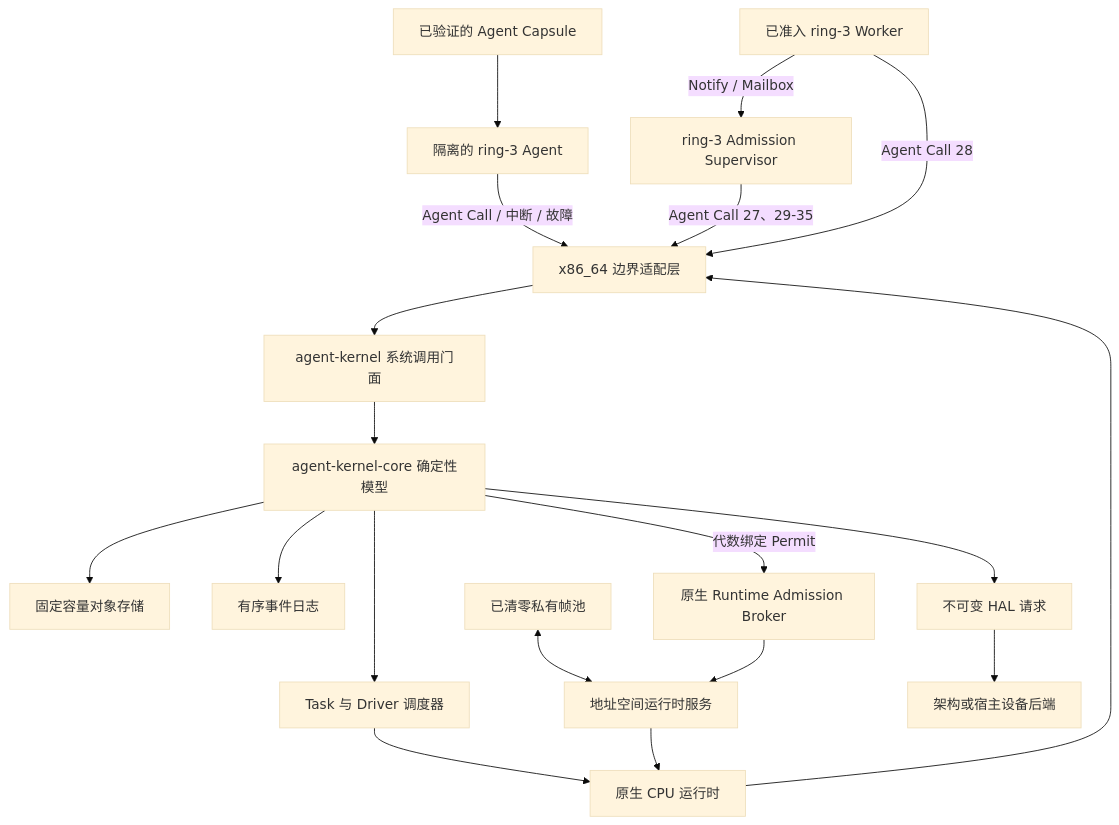
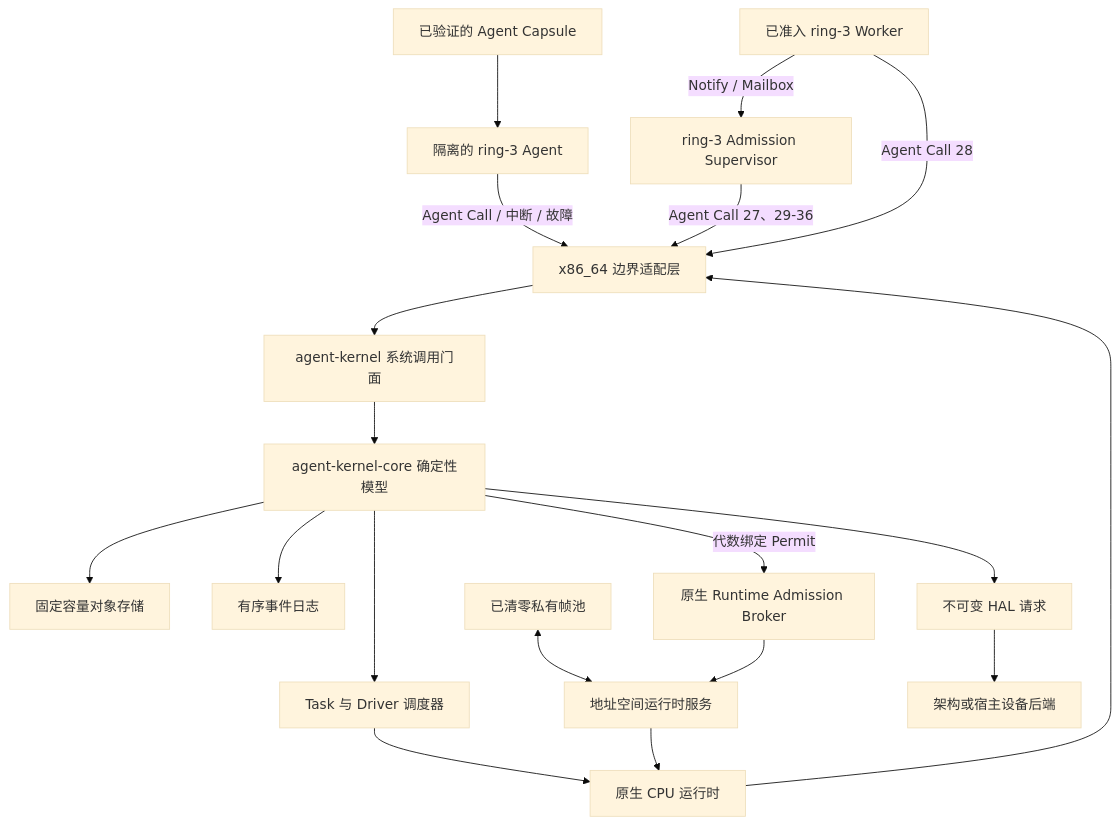
The diagram in README.zh-CN.md (Evan-master/agent-kernel), drawn with Mermaid (base theme) before and after one commit. The commit also changed other lines of this file and 38 other files, not shown here.

````diff
--- a/README.zh-CN.md
+++ b/README.zh-CN.md
@@ -188,21 +197,21 @@
 ```mermaid
 flowchart TB
     Capsule["已验证的 Agent Capsule"] --> Ring3["隔离的 ring-3 Agent"]
     Ring3 -->|"Agent Call / 中断 / 故障"| X86["x86_64 边界适配层"]
     X86 --> Facade["agent-kernel 系统调用门面"]
     Facade --> Core["agent-kernel-core 确定性模型"]
     Core --> Stores["固定容量对象存储"]
     Core --> Events["有序事件日志"]
     Core --> Scheduler["Task 与 Driver 调度器"]
     Scheduler --> Runtime["原生 CPU 运行时"]
     Runtime --> X86
     FramePool["已清零私有帧池"] <--> AddressService["地址空间运行时服务"]
     Broker["原生 Runtime Admission Broker"] --> AddressService
     Core -->|"代数绑定 Permit"| Broker
     AddressService --> Runtime
     Core --> HAL["不可变 HAL 请求"]
     HAL --> Device["架构或宿主设备后端"]
-    Supervisor["ring-3 Admission Supervisor"] -->|"Agent Call 27、29-35"| X86
+    Supervisor["ring-3 Admission Supervisor"] -->|"Agent Call 27、29-36"| X86
     Workers["已准入 ring-3 Worker"] -->|"Agent Call 28"| X86
     Workers -->|"Notify / Mailbox"| Supervisor
 ```
````
